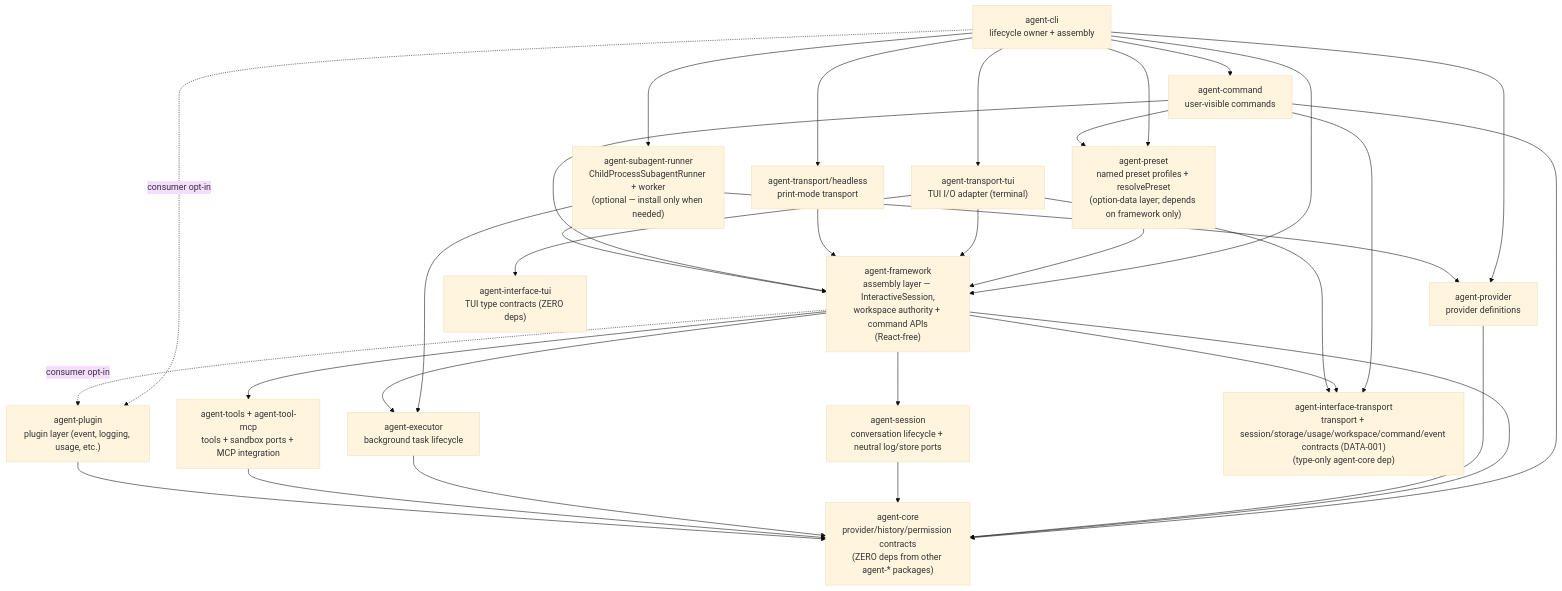
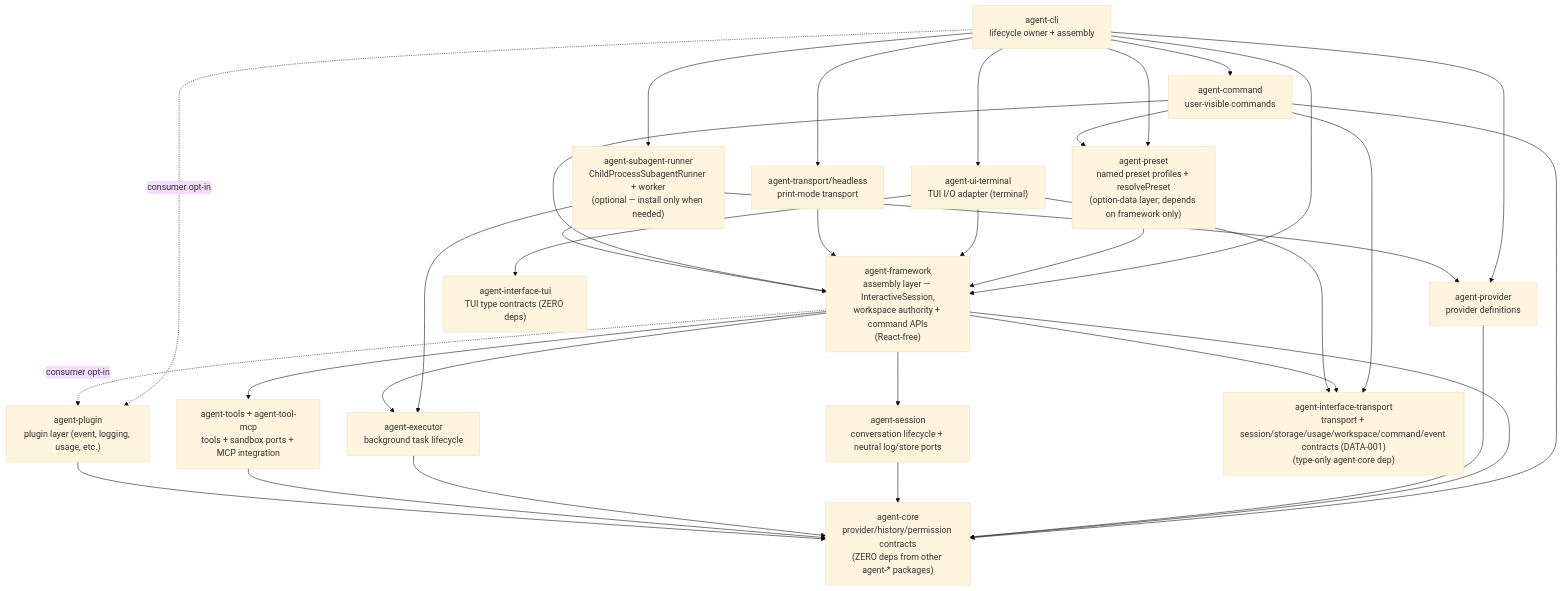
Before and after one commit to woojubb/robota: the first of 2 diagrams in .agents/specs/architecture-map/agent-system.md, drawn with Mermaid (base theme). The commit also changed other lines of this file and 425 other files, not shown here.

````diff
--- a/.agents/specs/architecture-map/agent-system.md
+++ b/.agents/specs/architecture-map/agent-system.md
@@ -9,50 +9,50 @@
 ```mermaid
 flowchart TD
   AgentCLI["agent-cli\nlifecycle owner + assembly"]
-  TuiTransport["agent-transport-tui\nTUI I/O adapter (terminal)"]
+  TuiTransport["agent-ui-terminal\nTUI I/O adapter (terminal)"]
   Headless["agent-transport/headless\nprint-mode transport"]
   Commands["agent-command\nuser-visible commands"]
   Framework["agent-framework\nassembly layer — InteractiveSession,\nworkspace authority + command APIs\n(React-free)"]
   Preset["agent-preset\nnamed preset profiles + resolvePreset\n(option-data layer; depends on framework only)"]
   Sessions["agent-session\nconversation lifecycle + neutral log/store ports"]
   Executor["agent-executor\nbackground task lifecycle"]
   Tools["agent-tools + agent-tool-mcp\ntools + sandbox ports + MCP integration"]
   Core["agent-core\nprovider/history/permission contracts\n(ZERO deps from other agent-* packages)"]
   Providers["agent-provider\nprovider definitions"]
   SubagentRunner["agent-subagent-runner\nChildProcessSubagentRunner + worker\n(optional — install only when needed)"]
   Plugins["agent-plugin\nplugin layer (event, logging, usage, etc.)"]
   IfaceTransport["agent-interface-transport\ntransport + session/storage/usage/workspace/command/event contracts (DATA-001)\n(type-only agent-core dep)"]
   IfaceTui["agent-interface-tui\nTUI type contracts (ZERO deps)"]
 
   AgentCLI --> TuiTransport
   AgentCLI --> Framework
   AgentCLI --> Commands
   AgentCLI --> Providers
   AgentCLI --> Headless
   AgentCLI --> SubagentRunner
   AgentCLI --> Preset
   Commands --> Preset
   Preset --> Framework
   TuiTransport --> Framework
   AgentCLI -. "consumer opt-in" .-> Plugins
   Headless --> Framework
   Commands --> Framework
   Commands --> Core
   Commands --> IfaceTransport
   SubagentRunner --> Framework
   SubagentRunner --> Executor
   SubagentRunner --> Providers
   Framework --> Sessions
   Framework --> Executor
   Framework --> Tools
   Framework --> Core
   Framework -. "consumer opt-in" .-> Plugins
   Providers --> Core
   Sessions --> Core
   Executor --> Core
   Tools --> Core
   Plugins --> Core
   Framework --> IfaceTransport
   TuiTransport --> IfaceTransport
   TuiTransport --> IfaceTui
 ```
````
